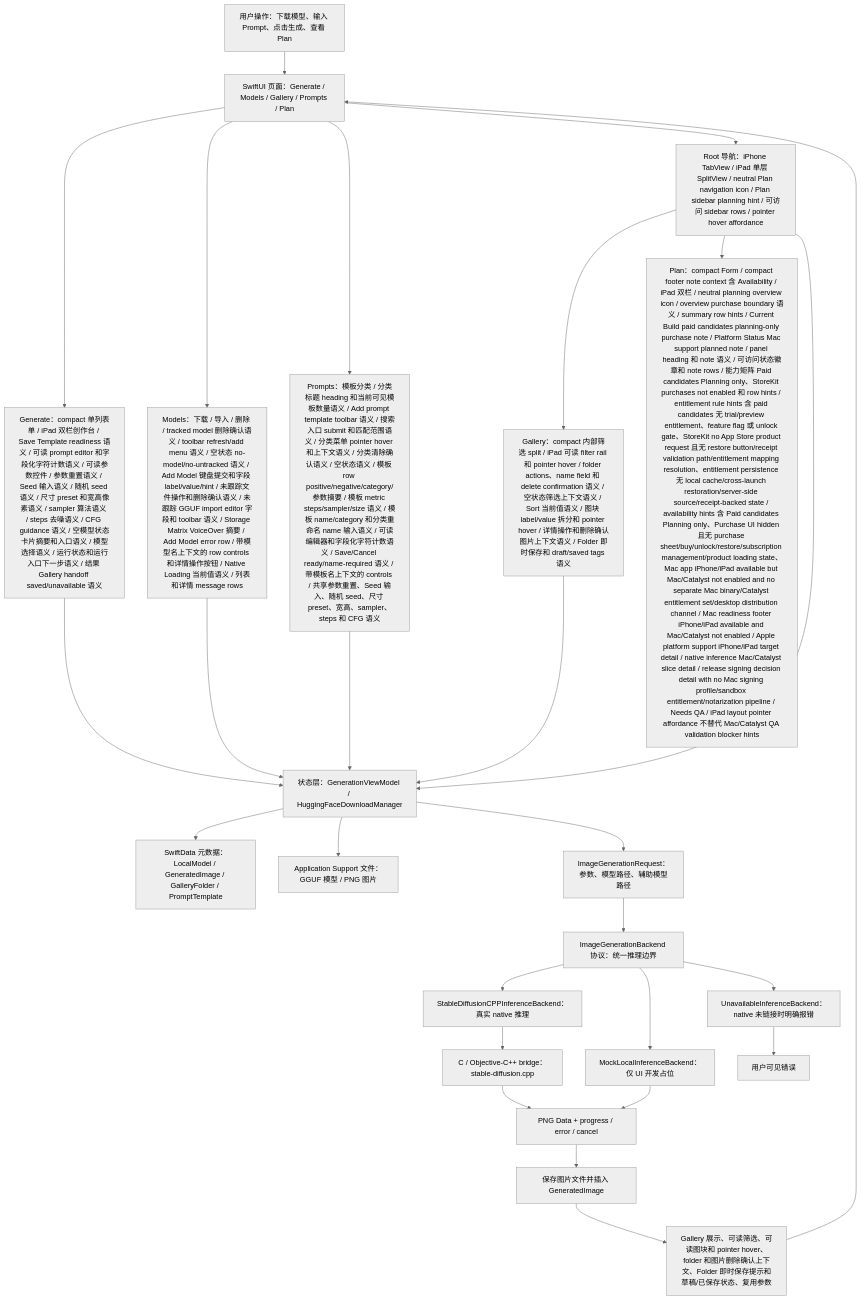
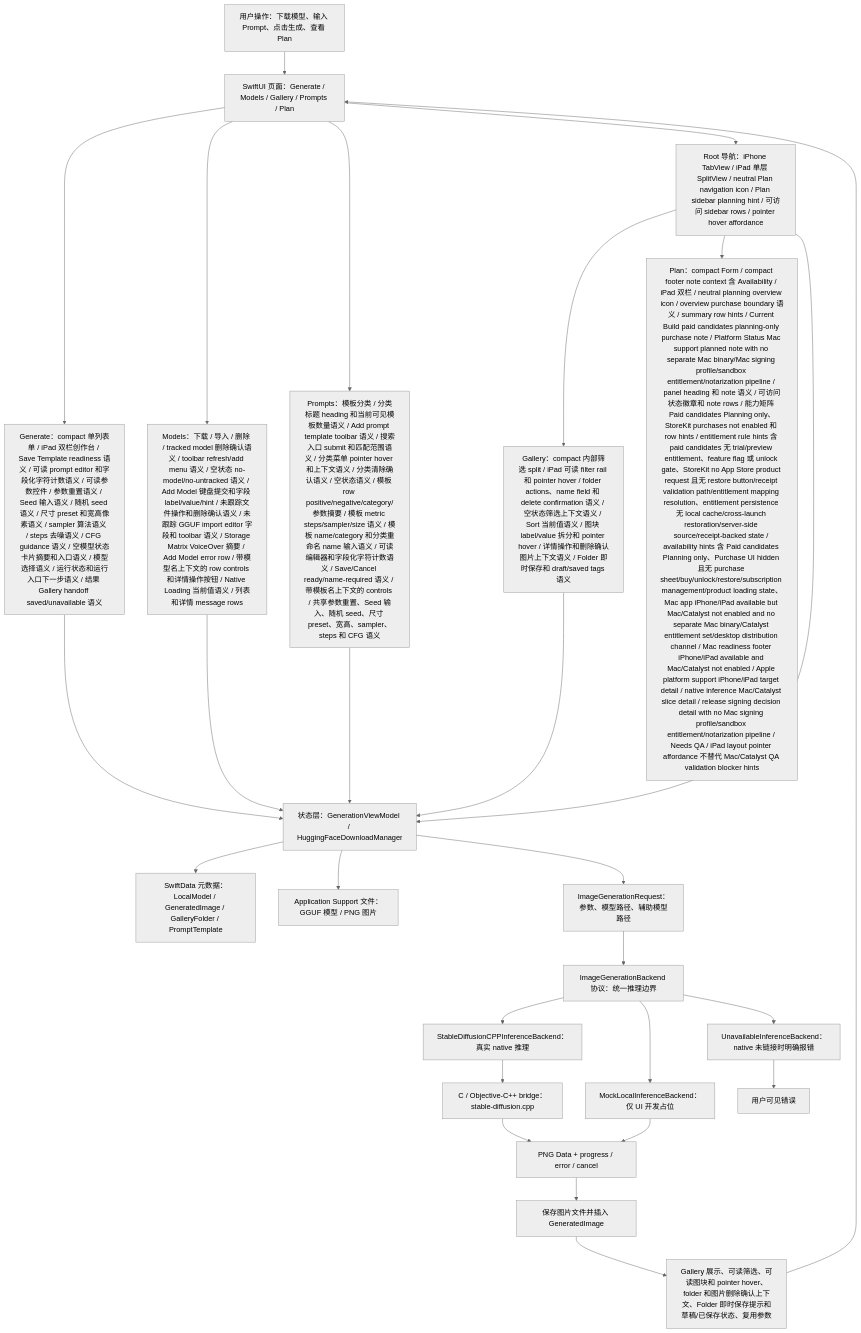
One commit to Altman-sam114/118 changed the first of 7 diagrams in md/flow/flowchart.md. Above: the diagram before and after it, drawn with Mermaid (neutral theme). The commit also changed 5 other files, not shown here.

First line of the commit message:
v1.118: Plan Mac platform pipeline

````diff
--- a/md/flow/flowchart.md
+++ b/md/flow/flowchart.md
@@ -9,29 +9,29 @@
 ```mermaid
 flowchart TD
   U["用户操作：下载模型、输入 Prompt、点击生成、查看 Plan"] --> UI["SwiftUI 页面：Generate / Models / Gallery / Prompts / Plan"]
   UI --> GENUI["Generate：compact 单列表单 / iPad 双栏创作台 / Save Template readiness 语义 / 可读 prompt editor 和字段化字符计数语义 / 可读参数控件 / 参数重置语义 / Seed 输入语义 / 随机 seed 语义 / 尺寸 preset 和宽高像素语义 / sampler 算法语义 / steps 去噪语义 / CFG guidance 语义 / 空模型状态卡片摘要和入口语义 / 模型选择语义 / 运行状态和运行入口下一步语义 / 结果 Gallery handoff saved/unavailable 语义"]
   UI --> MODELUI["Models：下载 / 导入 / 删除 / tracked model 删除确认语义 / toolbar refresh/add menu 语义 / 空状态 no-model/no-untracked 语义 / Add Model 键盘提交和字段 label/value/hint / 未跟踪文件操作和删除确认语义 / 未跟踪 GGUF import editor 字段和 toolbar 语义 / Storage Matrix VoiceOver 摘要 / Add Model error row / 带模型名上下文的 row controls 和详情操作按钮 / Native Loading 当前值语义 / 列表和详情 message rows"]
   UI --> PROMPTUI["Prompts：模板分类 / 分类标题 heading 和当前可见模板数量语义 / Add prompt template toolbar 语义 / 搜索入口 submit 和匹配范围语义 / 分类菜单 pointer hover 和上下文语义 / 分类清除确认语义 / 空状态语义 / 模板 row positive/negative/category/参数摘要 / 模板 metric steps/sampler/size 语义 / 模板 name/category 和分类重命名 name 输入语义 / 可读编辑器和字段化字符计数语义 / Save/Cancel ready/name-required 语义 / 带模板名上下文的 controls / 共享参数重置、Seed 输入、随机 seed、尺寸 preset、宽高、sampler、steps 和 CFG 语义"]
   UI --> NAV["Root 导航：iPhone TabView / iPad 单层 SplitView / neutral Plan navigation icon / Plan sidebar planning hint / 可访问 sidebar rows / pointer hover affordance"]
   NAV --> GALUI["Gallery：compact 内部筛选 split / iPad 可读 filter rail 和 pointer hover / folder actions、name field 和 delete confirmation 语义 / 空状态筛选上下文语义 / Sort 当前值语义 / 图块 label/value 拆分和 pointer hover / 详情操作和删除确认图片上下文语义 / Folder 即时保存和 draft/saved tags 语义"]
-  NAV --> PLANUI["Plan：compact Form / compact footer note context 含 Availability / iPad 双栏 / neutral planning overview icon / overview purchase boundary 语义 / summary row hints / Current Build paid candidates planning-only purchase note / Platform Status Mac support planned note / panel heading 和 note 语义 / 可访问状态徽章和 note rows / 能力矩阵 Paid candidates Planning only、StoreKit purchases not enabled 和 row hints / entitlement rule hints 含 paid candidates 无 trial/preview entitlement、feature flag 或 unlock gate、StoreKit no App Store product request 且无 restore button/receipt validation path/entitlement mapping resolution、entitlement persistence 无 local cache/cross-launch restoration/server-side source/receipt-backed state / availability hints 含 Paid candidates Planning only、Purchase UI hidden 且无 purchase sheet/buy/unlock/restore/subscription management/product loading state、Mac app iPhone/iPad available but Mac/Catalyst not enabled and no separate Mac binary/Catalyst entitlement set/desktop distribution channel / Mac readiness footer iPhone/iPad available and Mac/Catalyst not enabled / Apple platform support iPhone/iPad target detail / native inference Mac/Catalyst slice detail / release signing decision detail with no Mac signing profile/sandbox entitlement/notarization pipeline / Needs QA / iPad layout pointer affordance 不替代 Mac/Catalyst QA validation blocker hints"]
+  NAV --> PLANUI["Plan：compact Form / compact footer note context 含 Availability / iPad 双栏 / neutral planning overview icon / overview purchase boundary 语义 / summary row hints / Current Build paid candidates planning-only purchase note / Platform Status Mac support planned note with no separate Mac binary/Mac signing profile/sandbox entitlement/notarization pipeline / panel heading 和 note 语义 / 可访问状态徽章和 note rows / 能力矩阵 Paid candidates Planning only、StoreKit purchases not enabled 和 row hints / entitlement rule hints 含 paid candidates 无 trial/preview entitlement、feature flag 或 unlock gate、StoreKit no App Store product request 且无 restore button/receipt validation path/entitlement mapping resolution、entitlement persistence 无 local cache/cross-launch restoration/server-side source/receipt-backed state / availability hints 含 Paid candidates Planning only、Purchase UI hidden 且无 purchase sheet/buy/unlock/restore/subscription management/product loading state、Mac app iPhone/iPad available but Mac/Catalyst not enabled and no separate Mac binary/Catalyst entitlement set/desktop distribution channel / Mac readiness footer iPhone/iPad available and Mac/Catalyst not enabled / Apple platform support iPhone/iPad target detail / native inference Mac/Catalyst slice detail / release signing decision detail with no Mac signing profile/sandbox entitlement/notarization pipeline / Needs QA / iPad layout pointer affordance 不替代 Mac/Catalyst QA validation blocker hints"]
   NAV --> VM["状态层：GenerationViewModel / HuggingFaceDownloadManager"]
   GENUI --> VM
   MODELUI --> VM
   PROMPTUI --> VM
   GALUI --> VM
   VM --> SD["SwiftData 元数据：LocalModel / GeneratedImage / GalleryFolder / PromptTemplate"]
   VM --> FS["Application Support 文件：GGUF 模型 / PNG 图片"]
   VM --> REQ["ImageGenerationRequest：参数、模型路径、辅助模型路径"]
   REQ --> IFACE["ImageGenerationBackend 协议：统一推理边界"]
   IFACE --> NATIVE["StableDiffusionCPPInferenceBackend：真实 native 推理"]
   IFACE --> MOCK["MockLocalInferenceBackend：仅 UI 开发占位"]
   IFACE --> OFF["UnavailableInferenceBackend：native 未链接时明确报错"]
   NATIVE --> BRIDGE["C / Objective-C++ bridge：stable-diffusion.cpp"]
   BRIDGE --> PNG["PNG Data + progress / error / cancel"]
   MOCK --> PNG
   OFF --> ERR["用户可见错误"]
   PNG --> SAVE["保存图片文件并插入 GeneratedImage"]
   SAVE --> GALLERY["Gallery 展示、可读筛选、可读图块和 pointer hover、folder 和图片删除确认上下文、Folder 即时保存提示和草稿/已保存状态、复用参数"]
   GALLERY --> UI
 ```
````
